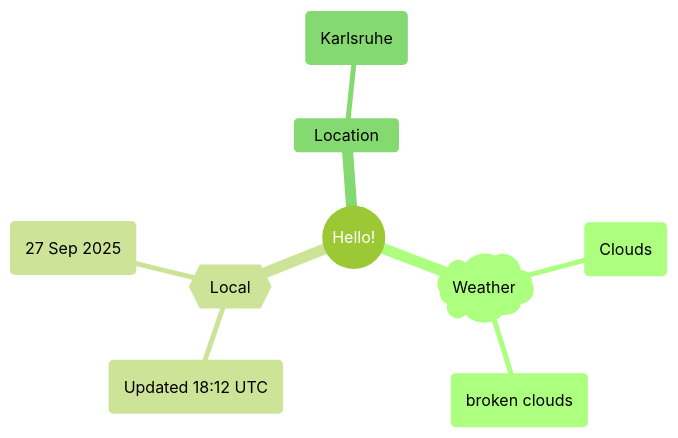
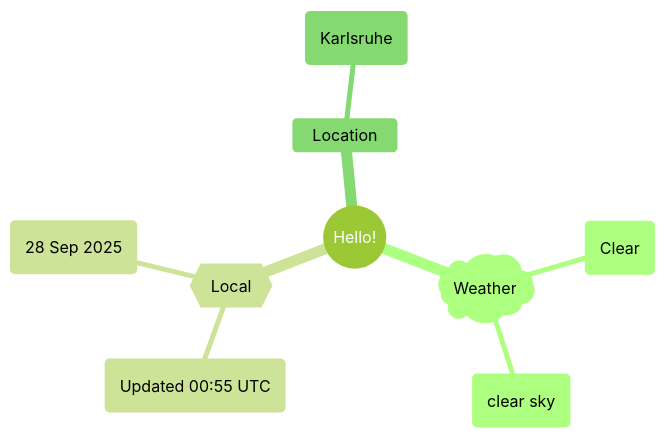
The first of 2 diagrams in README.md (Xosrov/Xosrov), drawn with Mermaid (forest theme) before and after one commit.

Commit message:
[bot] updated images

````diff
--- a/README.md
+++ b/README.md
@@ -3,12 +3,12 @@
 ```mermaid
 mindmap
   root((Hello!))
     )Weather(
-        (Clouds)
-        (broken clouds)
+        (Clear)
+        (clear sky)
     {{Local}}
-        (Updated 18:12 UTC)
-        (27 Sep 2025)
+        (Updated 00:55 UTC)
+        (28 Sep 2025)
     Location
         (Karlsruhe)
 ```
````
